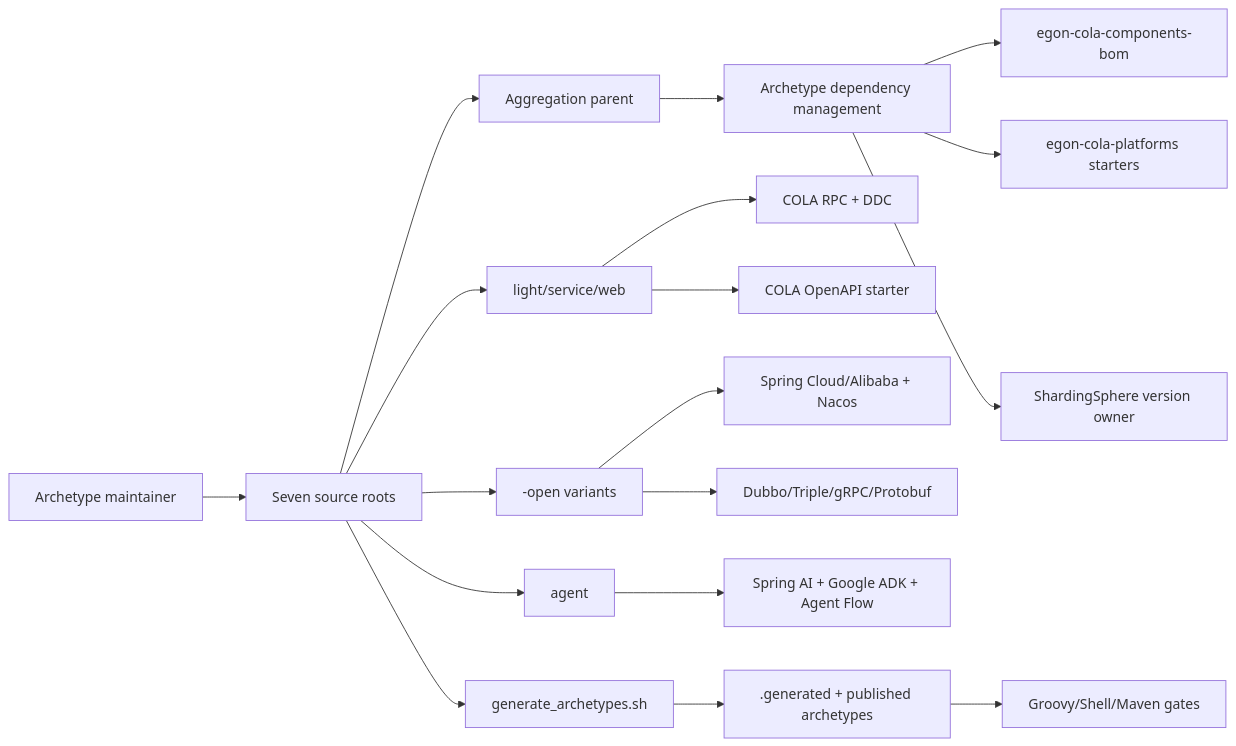
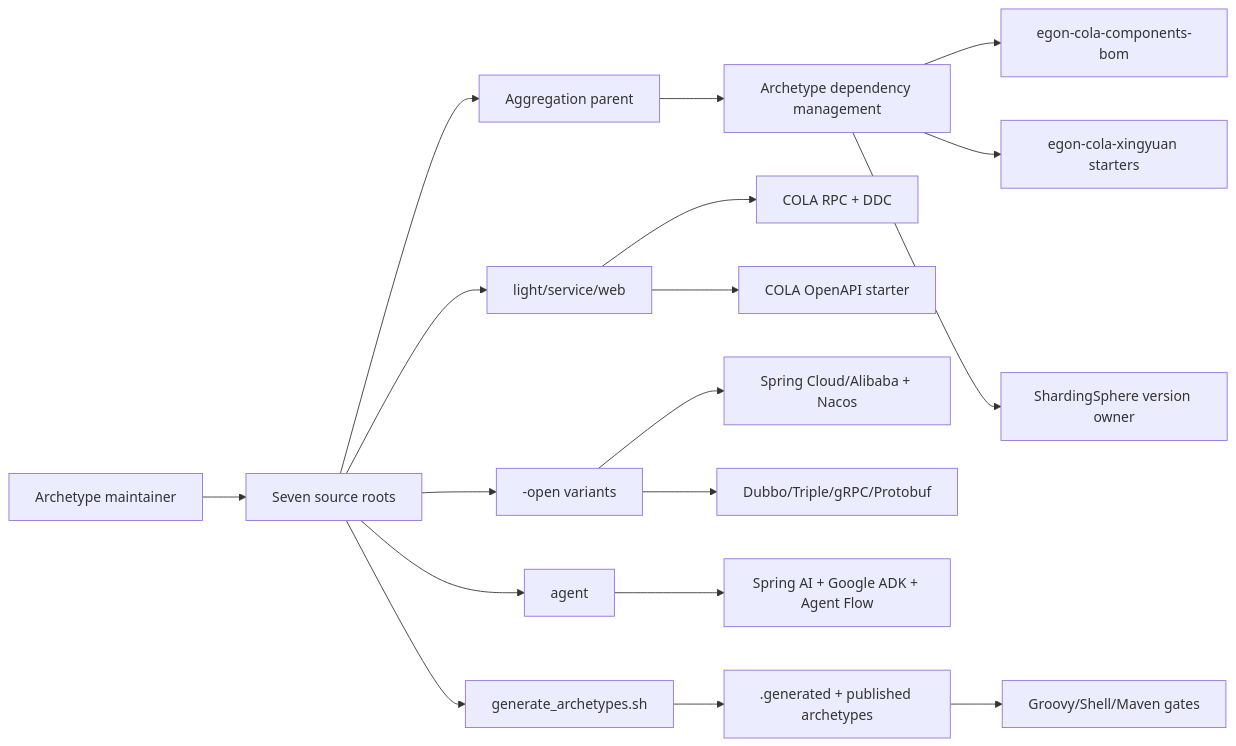
One commit to AllenDEricDAlexander/Egon-COLA changed the first of 3 diagrams in docs/egon/spec/2026-09-07-16-52-archetype-native-open-dependency-governance.md. Above: the diagram before and after it, drawn with Mermaid. The commit also changed other lines of this file and 6818 other files, not shown here.

````diff
--- a/docs/egon/spec/2026-09-07-16-52-archetype-native-open-dependency-governance.md
+++ b/docs/egon/spec/2026-09-07-16-52-archetype-native-open-dependency-governance.md
@@ -272,20 +272,20 @@
 ```mermaid
 flowchart LR
     Maintainer[Archetype maintainer] --> Source[Seven source roots]
     Source --> Parent[Aggregation parent]
     Parent --> ArchBOM[Archetype dependency management]
     ArchBOM --> Components[egon-cola-components-bom]
-    ArchBOM --> Platforms[egon-cola-platforms starters]
+    ArchBOM --> Platforms[egon-cola-xingyuan starters]
     ArchBOM --> Sharding[ShardingSphere version owner]
     Source --> Native[light/service/web]
     Native --> NativeRPC[COLA RPC + DDC]
     Native --> NativeDoc[COLA OpenAPI starter]
     Source --> Open[-open variants]
     Open --> Cloud[Spring Cloud/Alibaba + Nacos]
     Open --> Dubbo[Dubbo/Triple/gRPC/Protobuf]
     Source --> Agent[agent]
     Agent --> AI[Spring AI + Google ADK + Agent Flow]
     Source --> Generator[generate_archetypes.sh]
     Generator --> Generated[.generated + published archetypes]
     Generated --> Verifier[Groovy/Shell/Maven gates]
 ```
````
